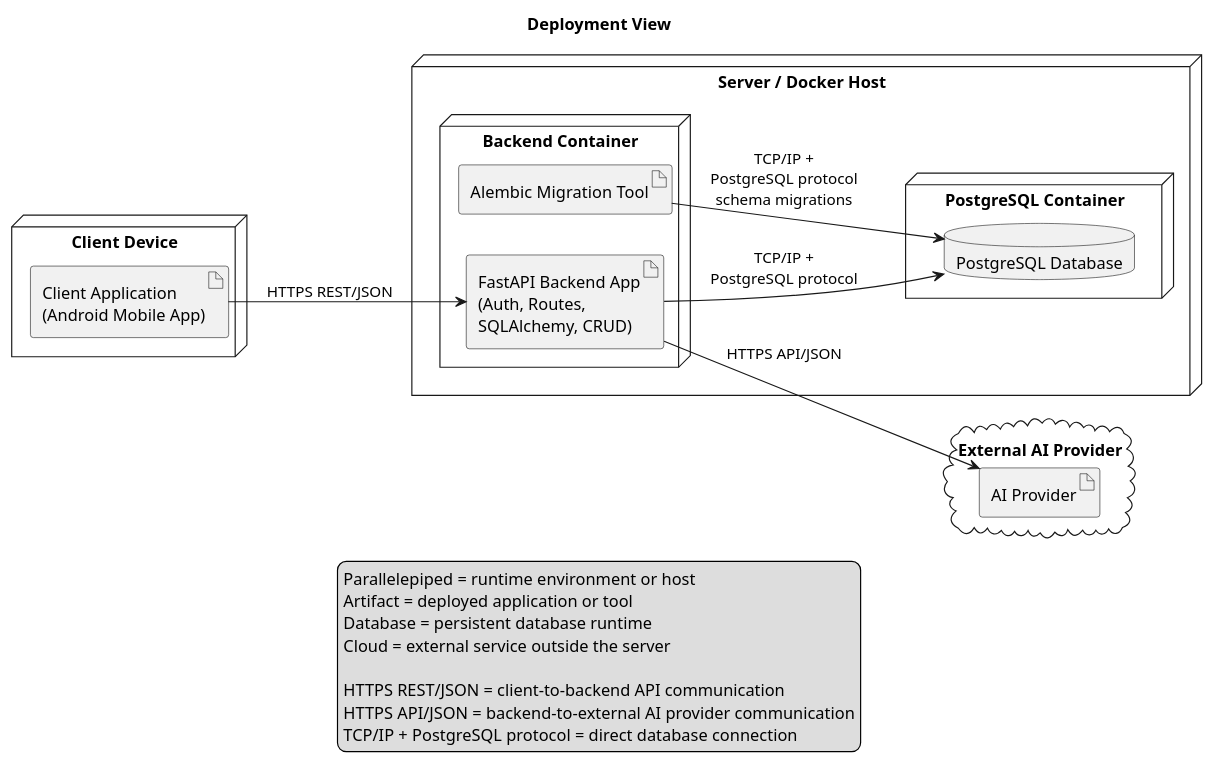
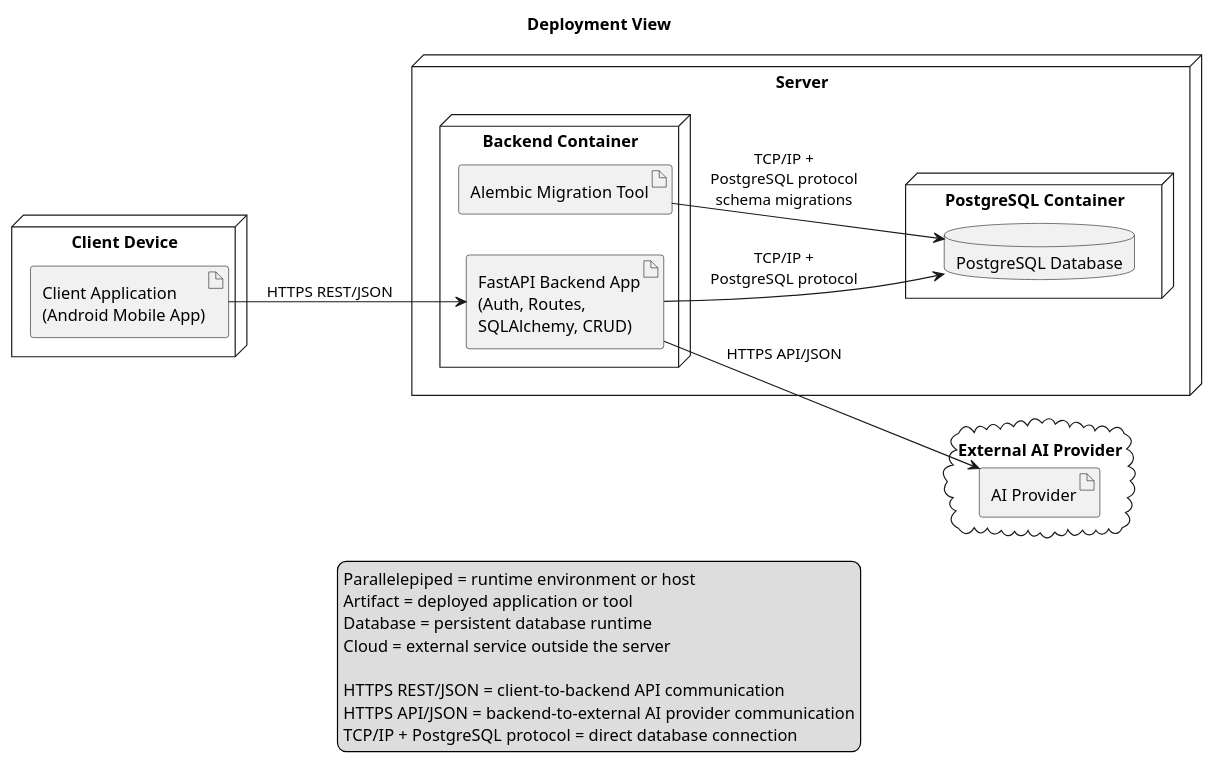
One commit to ernest0507/LAMBA_Team-22 changed the diagram in docs/architecture/deployment-view/deployment-diagram.puml. Above: the diagram before and after it, drawn with PlantUML.

```diff
--- a/docs/architecture/deployment-view/deployment-diagram.puml
+++ b/docs/architecture/deployment-view/deployment-diagram.puml
@@ -1,45 +1,45 @@
 @startuml
 
 title Deployment View
 
 left to right direction
 skinparam shadowing false
 
 node "Client Device" as ClientDevice {
   artifact "Client Application\n(Android Mobile App)" as AndroidApp
 }
 
-node "Server / Docker Host" as Server {
+node "Server" as Server {
   node "Backend Container" as BackendContainer {
     artifact "FastAPI Backend App\n(Auth, Routes,\nSQLAlchemy, CRUD)" as BackendApp
     artifact "Alembic Migration Tool" as Alembic
   }
 
   node "PostgreSQL Container" as PostgresContainer {
     database "PostgreSQL Database" as Postgres
   }
 }
 
 cloud "External AI Provider" as ExternalAI {
   artifact "AI Provider" as AIProvider
 }
 
 AndroidApp --> BackendApp : HTTPS REST/JSON
 
 BackendApp --> Postgres : TCP/IP +\nPostgreSQL protocol
 Alembic --> Postgres : TCP/IP +\nPostgreSQL protocol\nschema migrations
 
 BackendApp --> AIProvider : HTTPS API/JSON
 
 legend bottom
   Parallelepiped = runtime environment or host
   Artifact = deployed application or tool
   Database = persistent database runtime
   Cloud = external service outside the server
 
   HTTPS REST/JSON = client-to-backend API communication
   HTTPS API/JSON = backend-to-external AI provider communication
   TCP/IP + PostgreSQL protocol = direct database connection
 endlegend
 
 @enduml
```
